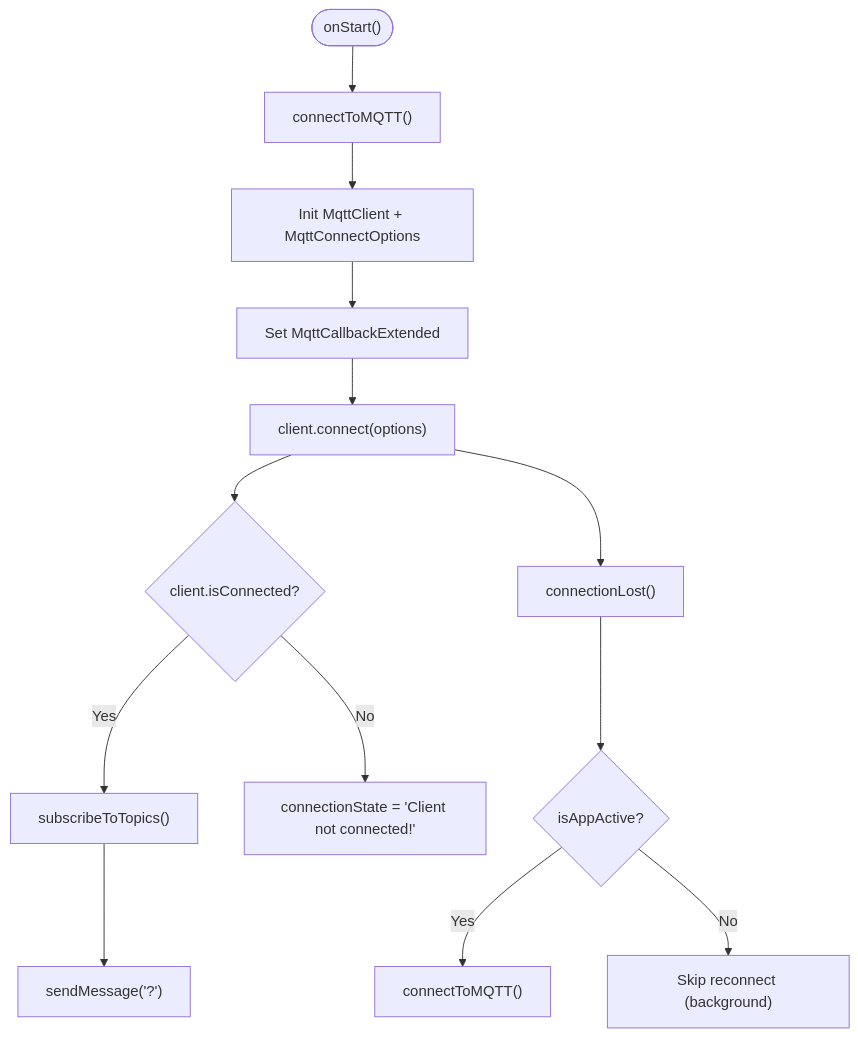
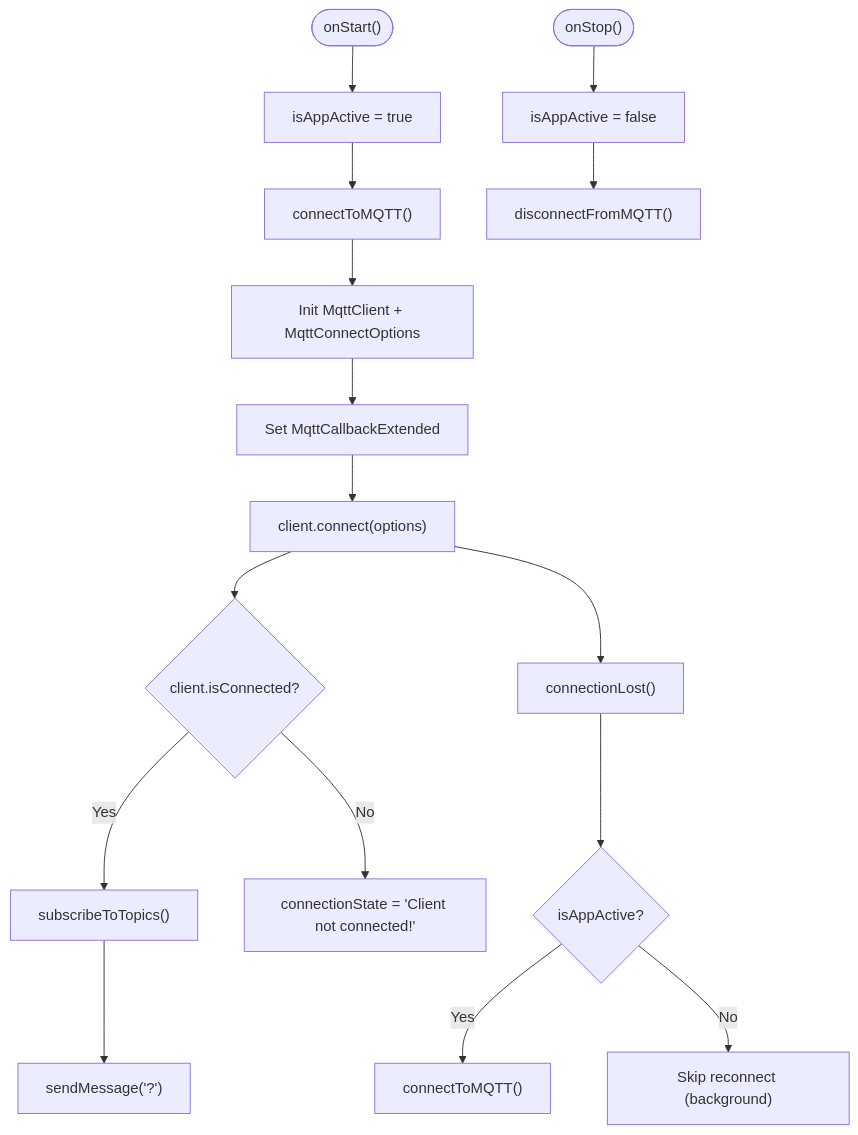
The third of 7 diagrams in .qoder/repowiki/en/content/Android Application/MQTT Communication Layer.md (dip16igor/Webradio), drawn with Mermaid before and after one commit. The commit also changed other lines of this file and 2 other files, not shown here.

First line of the commit message:
docs(mqtt): enhance lifecycle-aware MQTT connection management

````diff
--- a/.qoder/repowiki/en/content/Android Application/MQTT Communication Layer.md
+++ b/.qoder/repowiki/en/content/Android Application/MQTT Communication Layer.md
@@ -117,15 +137,18 @@
 ```mermaid
 flowchart TD
-Start(["onStart()"]) --> Connect["connectToMQTT()"]
+Start(["onStart()"]) --> SetActive["isAppActive = true"]
+SetActive --> Connect["connectToMQTT()"]
 Connect --> Init["Init MqttClient + MqttConnectOptions"]
 Init --> SetCB["Set MqttCallbackExtended"]
 SetCB --> TryConnect["client.connect(options)"]
 TryConnect --> Connected{"client.isConnected?"}
 Connected --> |Yes| Subscribe["subscribeToTopics()"]
 Subscribe --> SendReq["sendMessage('?')"]
 Connected --> |No| Fail["connectionState = 'Client not connected!'"]
 TryConnect --> Lost["connectionLost()"]
-Lost --> Active{"isAppActive?"}
-Active --> |Yes| Reconnect["connectToMQTT()"]
-Active --> |No| Skip["Skip reconnect (background)"]
+Lost --> CheckActive{"isAppActive?"}
+CheckActive --> |Yes| Reconnect["connectToMQTT()"]
+CheckActive --> |No| Skip["Skip reconnect (background)"]
+Stop(["onStop()"]) --> SetInactive["isAppActive = false"]
+SetInactive --> Disconnect["disconnectFromMQTT()"]
 ```
````
